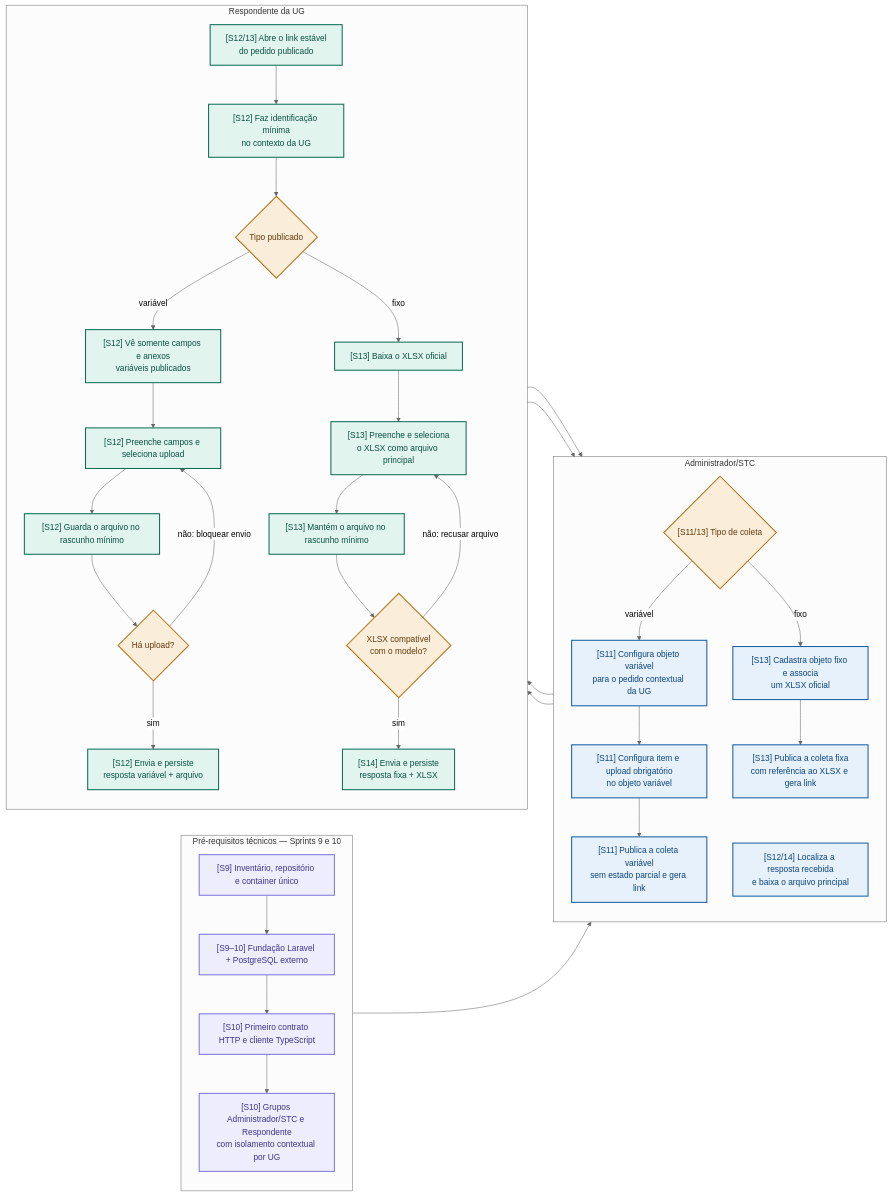
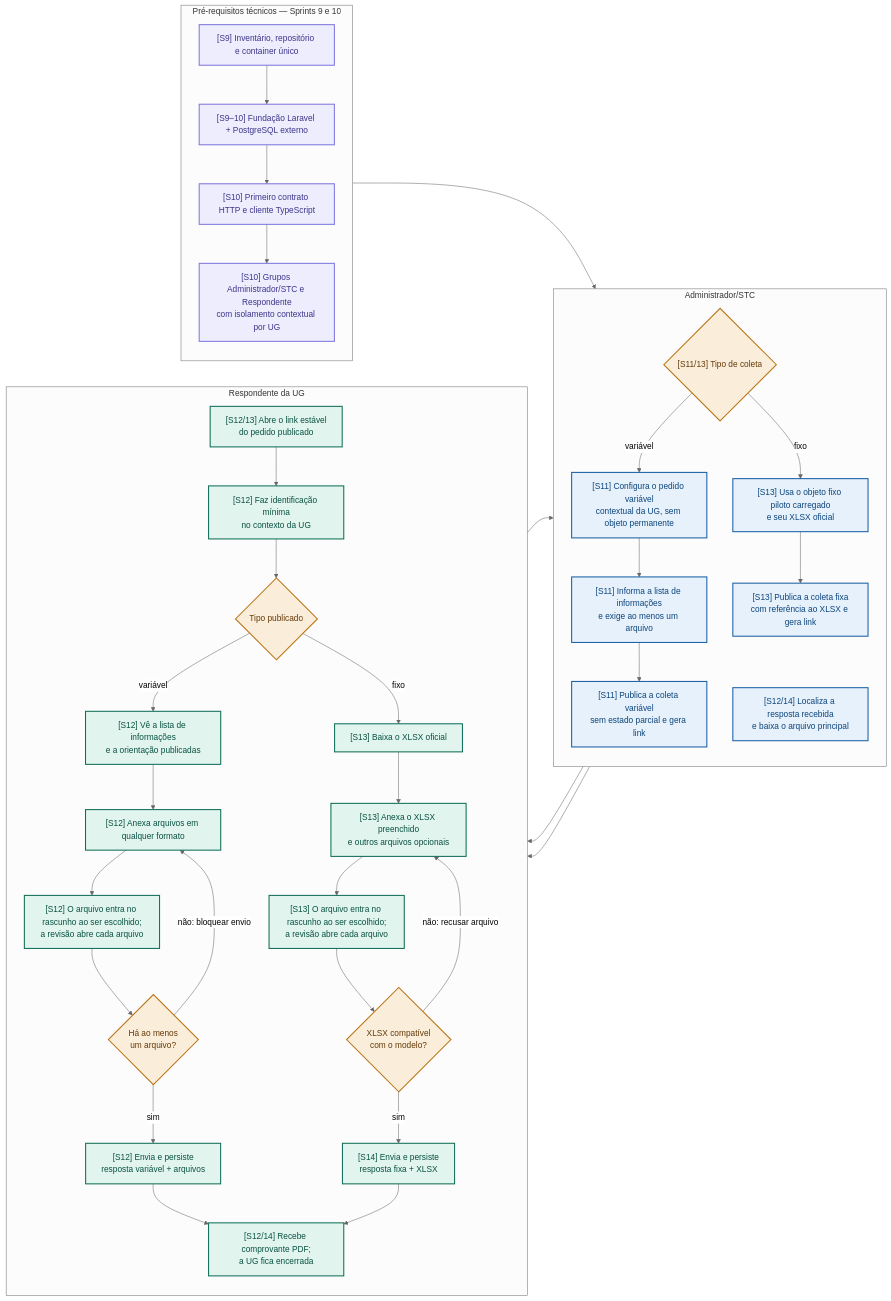
One commit to EnzoFrazao/agiliza-transparencia-documentos changed the diagram in governanca/fluxogramas/v1-minima-coleta-e-resposta.md. Above: the diagram before and after it, drawn with Mermaid (neutral theme). The commit also changed other lines of this file and 14 other files, not shown here.

````diff
--- a/governanca/fluxogramas/v1-minima-coleta-e-resposta.md
+++ b/governanca/fluxogramas/v1-minima-coleta-e-resposta.md
@@ -11,63 +11,66 @@
 ```mermaid
 flowchart LR
   subgraph BASE["Pré-requisitos técnicos — Sprints 9 e 10"]
     direction TB
     B1["[S9] Inventário, repositório e container único"]
     B2["[S9–10] Fundação Laravel + PostgreSQL externo"]
     B3["[S10] Primeiro contrato HTTP e cliente TypeScript"]
     B4["[S10] Grupos Administrador/STC e Respondente<br/>com isolamento contextual por UG"]
     B1 --> B2 --> B3 --> B4
   end
 
   subgraph STC["Administrador/STC"]
     direction TB
-    S1["[S11] Configura objeto variável<br/>para o pedido contextual da UG"]
+    S1["[S11] Configura o pedido variável<br/>contextual da UG, sem objeto permanente"]
     S2{"[S11/13] Tipo de coleta"}
-    SV["[S11] Configura item e upload obrigatório<br/>no objeto variável"]
-    SF["[S13] Cadastra objeto fixo e associa<br/>um XLSX oficial"]
+    SV["[S11] Informa a lista de informações<br/>e exige ao menos um arquivo"]
+    SF["[S13] Usa o objeto fixo piloto carregado<br/>e seu XLSX oficial"]
     SPV["[S11] Publica a coleta variável<br/>sem estado parcial e gera link"]
     SPF["[S13] Publica a coleta fixa<br/>com referência ao XLSX e gera link"]
     SR["[S12/14] Localiza a resposta recebida<br/>e baixa o arquivo principal"]
   end
 
   subgraph RESP["Respondente da UG"]
     direction TB
     R1["[S12/13] Abre o link estável<br/>do pedido publicado"]
     R2["[S12] Faz identificação mínima<br/>no contexto da UG"]
     R3{"Tipo publicado"}
 
-    V1["[S12] Vê somente campos e anexos<br/>variáveis publicados"]
-    V2["[S12] Preenche campos e seleciona upload"]
-    V3["[S12] Guarda o arquivo no rascunho mínimo"]
-    V4{"Há upload?"}
-    V5["[S12] Envia e persiste<br/>resposta variável + arquivo"]
+    V1["[S12] Vê a lista de informações<br/>e a orientação publicadas"]
+    V2["[S12] Anexa arquivos em qualquer formato"]
+    V3["[S12] O arquivo entra no rascunho ao ser escolhido;<br/>a revisão abre cada arquivo"]
+    V4{"Há ao menos<br/>um arquivo?"}
+    V5["[S12] Envia e persiste<br/>resposta variável + arquivos"]
 
     F1["[S13] Baixa o XLSX oficial"]
-    F2["[S13] Preenche e seleciona<br/>o XLSX como arquivo principal"]
-    F3["[S13] Mantém o arquivo no rascunho mínimo"]
+    F2["[S13] Anexa o XLSX preenchido<br/>e outros arquivos opcionais"]
+    F3["[S13] O arquivo entra no rascunho ao ser escolhido;<br/>a revisão abre cada arquivo"]
     F4{"XLSX compatível<br/>com o modelo?"}
     F5["[S14] Envia e persiste<br/>resposta fixa + XLSX"]
+
+    RC["[S12/14] Recebe comprovante PDF;<br/>a UG fica encerrada"]
   end
 
   B4 --> S2
   S2 -->|"variável"| S1 --> SV --> SPV --> R1
   S2 -->|"fixo"| SF --> SPF --> R1
   R1 --> R2 --> R3
 
   R3 -->|"variável"| V1 --> V2 --> V3 --> V4
   V4 -->|"não: bloquear envio"| V2
-  V4 -->|"sim"| V5 --> SR
+  V4 -->|"sim"| V5 --> RC
 
   R3 -->|"fixo"| F1 --> F2 --> F3 --> F4
   F4 -->|"não: recusar arquivo"| F2
-  F4 -->|"sim"| F5 --> SR
+  F4 -->|"sim"| F5 --> RC
+  RC --> SR
 
   classDef base fill:#EEEDFE,stroke:#7F77DD,stroke-width:2px,color:#3C3489;
   classDef stc fill:#E6F1FB,stroke:#185FA5,stroke-width:2px,color:#0C447C;
   classDef ug fill:#E1F5EE,stroke:#0F6E56,stroke-width:2px,color:#085041;
   classDef decision fill:#FAEEDA,stroke:#BA7517,stroke-width:2px,color:#633806;
   class B1,B2,B3,B4 base;
   class S1,SV,SF,SPV,SPF,SR stc;
-  class R1,R2,V1,V2,V3,V5,F1,F2,F3,F5 ug;
+  class R1,R2,V1,V2,V3,V5,F1,F2,F3,F5,RC ug;
   class S2,R3,V4,F4 decision;
 ```
````
